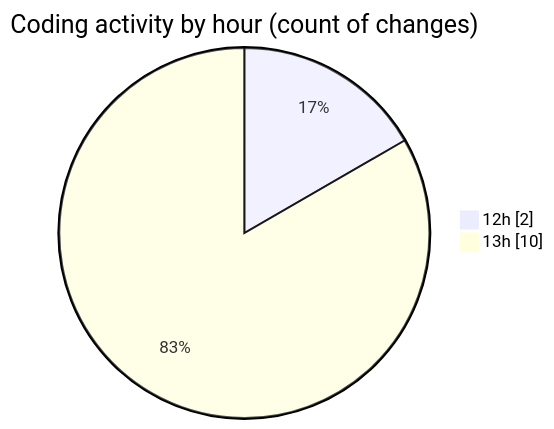
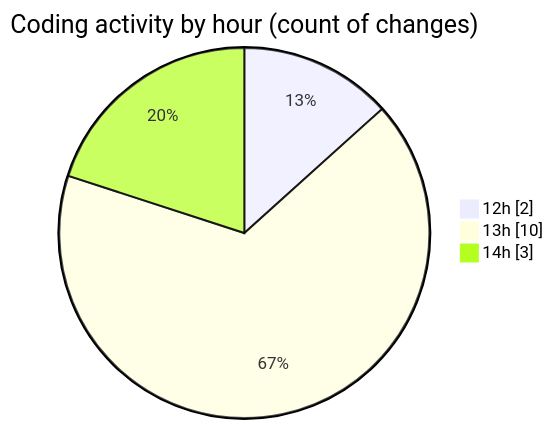
Before and after one commit to shibass792/code-tracking: the second of 2 diagrams in 2026-07-12/untitled__workspace_/README.md, drawn with Mermaid. The commit also changed other lines of this file and 1 other file, not shown here.

````diff
--- a/2026-07-12/untitled__workspace_/README.md
+++ b/2026-07-12/untitled__workspace_/README.md
@@ -28,6 +28,7 @@
 ```mermaid
 pie showData
 title Coding activity by hour (count of changes)
 "12h" : 2
 "13h" : 10
+"14h" : 3
 ```
````
